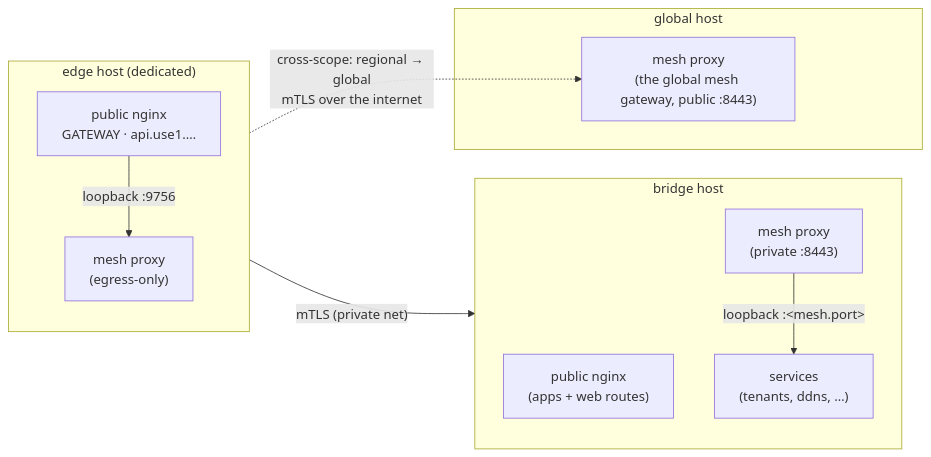
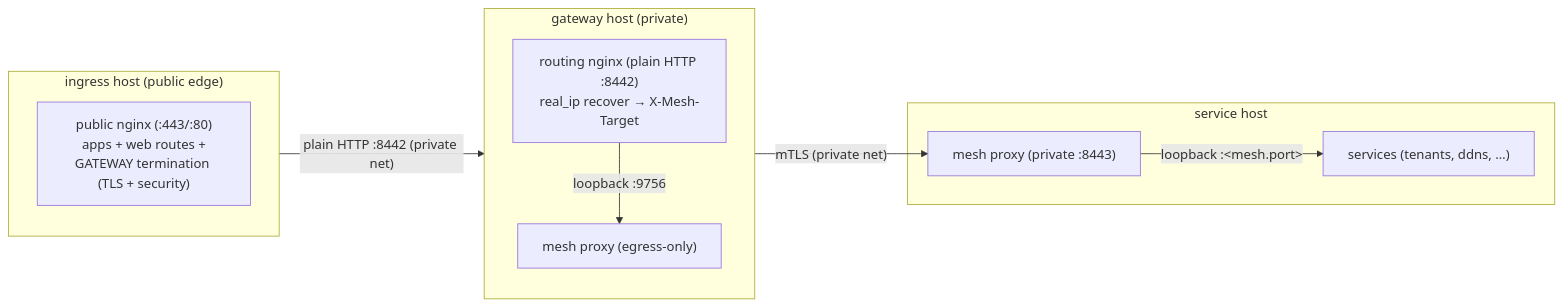
One commit to wardnet/inforge changed the third of 3 diagrams in website/docs/resources/gateway.md. Above: the diagram before and after it, drawn with Mermaid. The commit also changed other lines of this file and 19 other files, not shown here.

Commit message:
feat(gateway): make the gateway private, fronted by an ingress (ADR-0045) (#246)

````diff
--- a/website/docs/resources/gateway.md
+++ b/website/docs/resources/gateway.md
@@ -126,21 +148,20 @@
 ```mermaid
 flowchart LR
-    subgraph edge ["edge host (dedicated)"]
+    subgraph bridge ["ingress host (public edge)"]
         direction TB
-        gwnginx["public nginx<br/>GATEWAY · api.use1.…"]
-        gwmesh["mesh proxy<br/>(egress-only)"]
+        appnginx["public nginx (:443/:80)<br/>apps + web routes +<br/>GATEWAY termination (TLS + security)"]
+    end
+    subgraph edge ["gateway host (private)"]
+        direction TB
+        gwnginx["routing nginx (plain HTTP :8442)<br/>real_ip recover → X-Mesh-Target"]
+        gwmesh["mesh proxy (egress-only)"]
         gwnginx -- "loopback :9756" --> gwmesh
     end
-    subgraph bridge ["bridge host"]
-        direction TB
-        appnginx["public nginx<br/>(apps + web routes)"]
-        mesh["mesh proxy<br/>(private :8443)"]
-        svcs["services<br/>(tenants, ddns, …)"]
+    subgraph svchost ["service host"]
+        mesh["mesh proxy (private :8443)"]
+        svcs["services (tenants, ddns, …)"]
         mesh -- "loopback :&lt;mesh.port&gt;" --> svcs
     end
-    subgraph global ["global host"]
-        gmesh["mesh proxy<br/>(the global mesh gateway, public :8443)"]
-    end
+    appnginx -- "plain HTTP :8442 (private net)" --> gwnginx
     gwmesh -- "mTLS (private net)" --> mesh
-    gwmesh -. "cross-scope: regional → global<br/>mTLS over the internet" .-> gmesh
 ```
````
